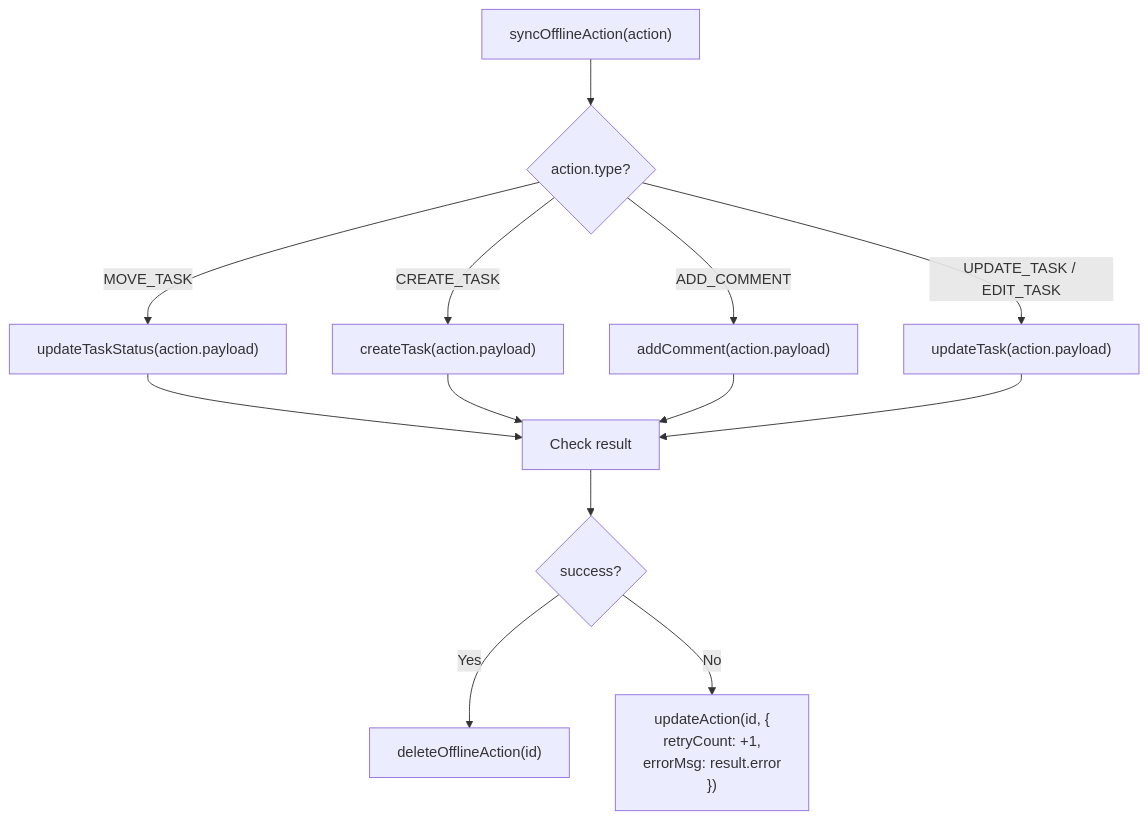
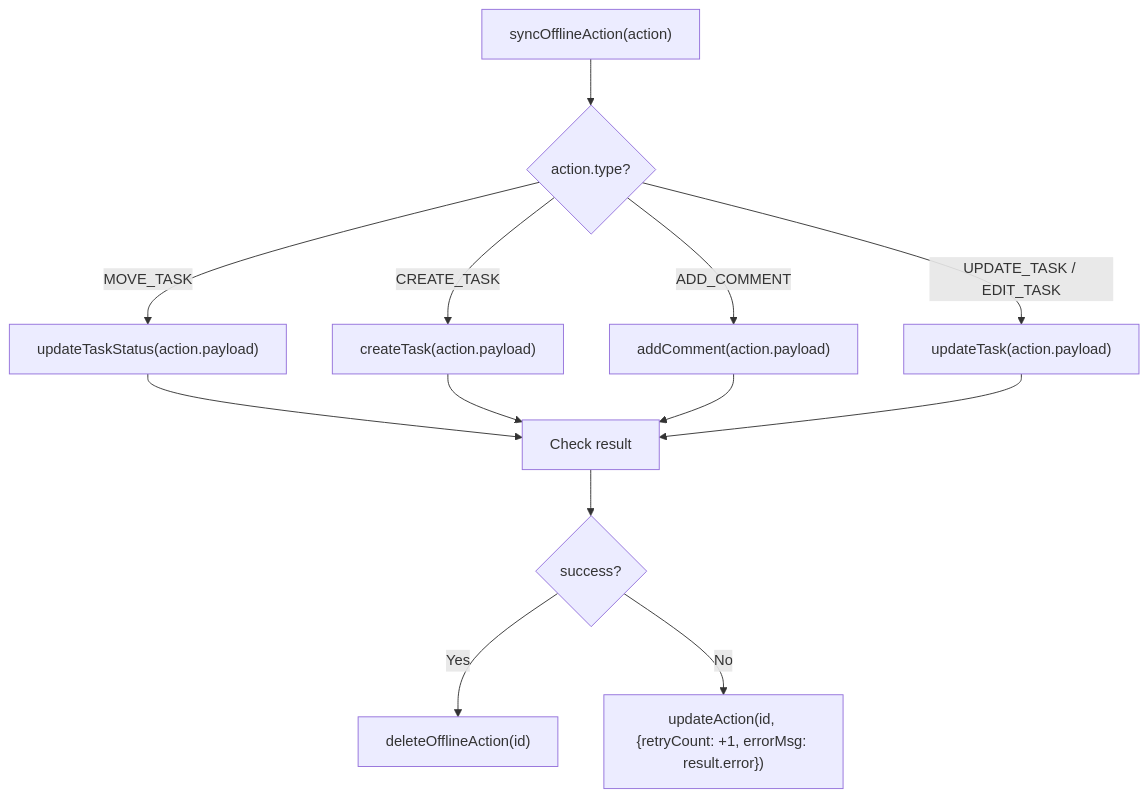
One commit to asefahmed500/Smart-Task-App_IIT_DU_Final_Project changed the fifth of 7 diagrams in docs/08-offline-queue.md. Above: the diagram before and after it, drawn with Mermaid. The commit also changed other lines of this file and 8 other files, not shown here.

Commit message:
fix: remove br tags from mermaid diagrams for GitHub rendering

````diff
--- a/docs/08-offline-queue.md
+++ b/docs/08-offline-queue.md
@@ -176,18 +176,18 @@
 ```mermaid
 flowchart TD
     START["syncOfflineAction(action)"] --> TYPE{"action.type?"}
 
     TYPE -->|MOVE_TASK| MOVE["updateTaskStatus(action.payload)"]
     TYPE -->|CREATE_TASK| CREATE["createTask(action.payload)"]
     TYPE -->|ADD_COMMENT| COMMENT["addComment(action.payload)"]
     TYPE -->|UPDATE_TASK / EDIT_TASK| EDIT["updateTask(action.payload)"]
 
     MOVE --> RESULT["Check result"]
     CREATE --> RESULT
     COMMENT --> RESULT
     EDIT --> RESULT
 
     RESULT --> SUCCESS{"success?"}
     SUCCESS -->|Yes| DELETE["deleteOfflineAction(id)"]
-    SUCCESS -->|No| INCREMENT["updateAction(id, {<br/>  retryCount: +1,<br/>  errorMsg: result.error<br/>})"]
+    SUCCESS -->|No| INCREMENT["updateAction(id, {retryCount: +1, errorMsg: result.error})"]
 ```
````
